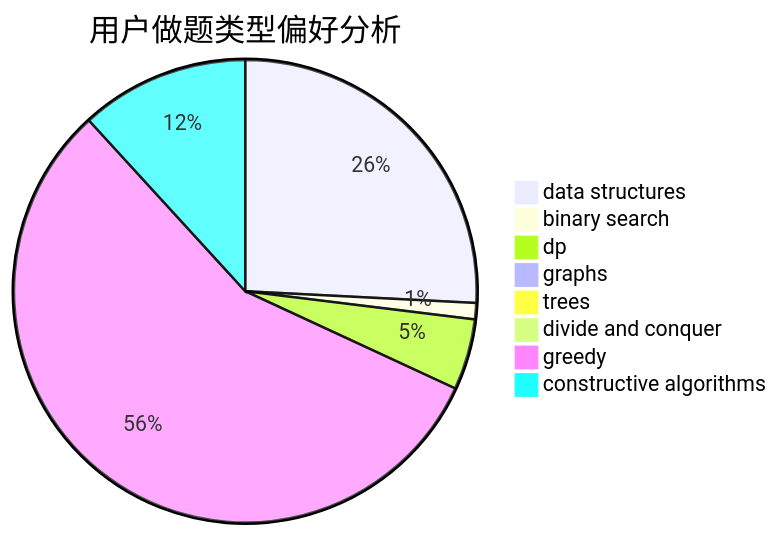
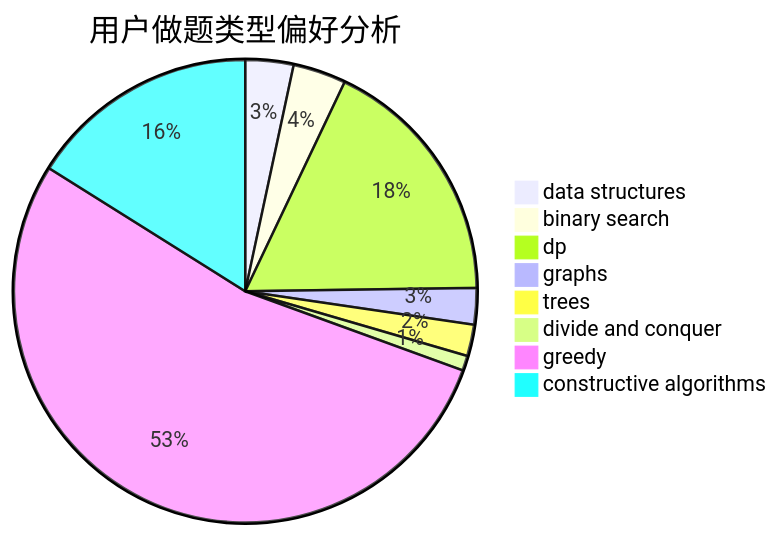
One commit to sherpahu/cfrs.github.io changed the second of 3 diagrams in docs/user/u737.md. Above: the diagram before and after it, drawn with Mermaid. The commit also changed other lines of this file and 2770 other files, not shown here.

````diff
--- a/docs/user/u737.md
+++ b/docs/user/u737.md
@@ -23,11 +23,11 @@
 ```mermaid
 pie title 用户做题类型偏好分析
-    "data structures" :  385
-    "binary search" :  17
-    "dp" :  74
-    "graphs" :  5
-    "trees" :  9
-    "divide and conquer" :  0
-    "greedy" :  840
-    "constructive algorithms" :  176
+    "data structures" :  29
+    "binary search" :  32
+    "dp" :  153
+    "graphs" :  22
+    "trees" :  19
+    "divide and conquer" :  9
+    "greedy" :  461
+    "constructive algorithms" :  139
 ```
````
